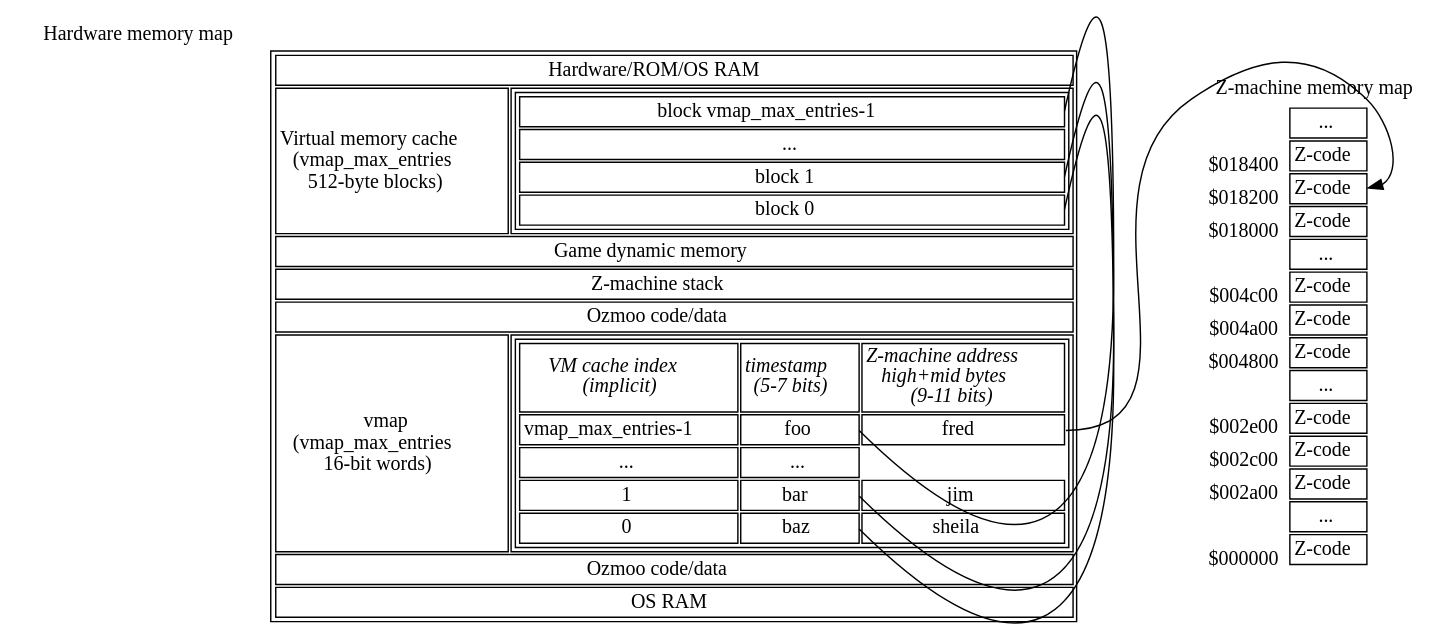
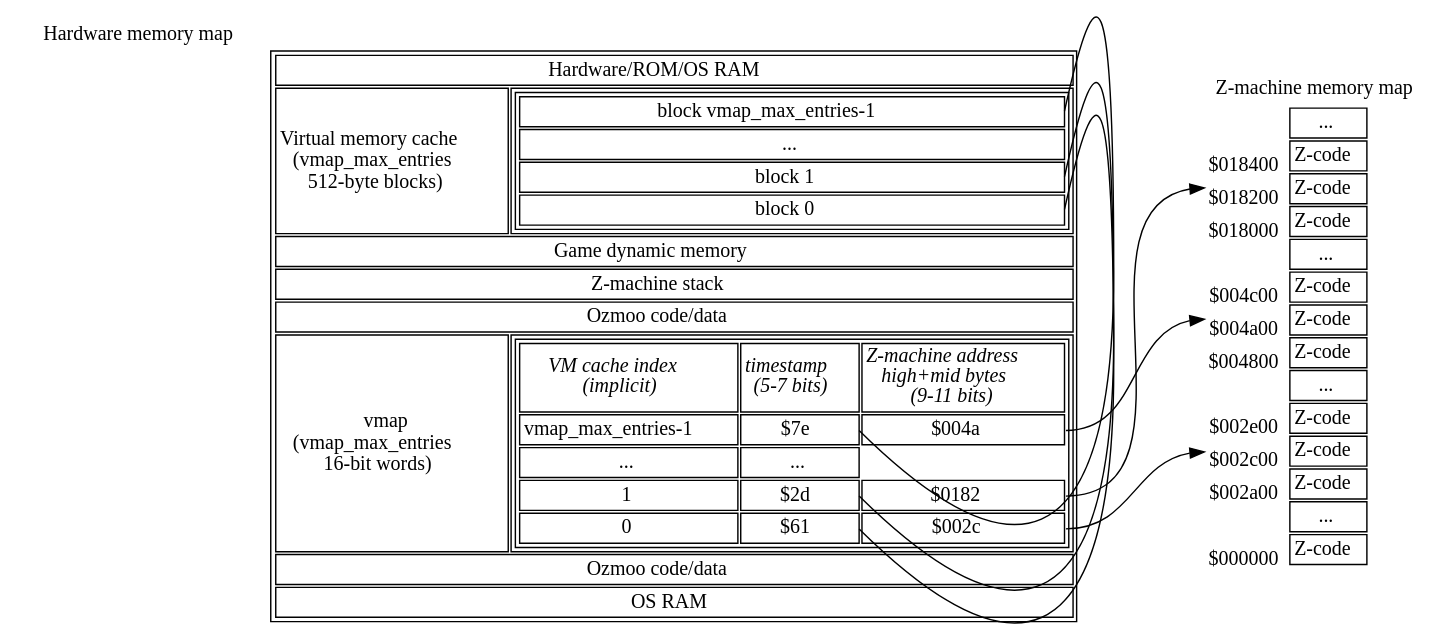
One commit to ZornsLemma/ozmoo changed the diagram in documentation/techdocs/memory-map-1.dot. Above: the diagram before and after it, drawn with Graphviz.

Commit message:
Snapshot

```diff
--- a/documentation/techdocs/memory-map-1.dot
+++ b/documentation/techdocs/memory-map-1.dot
@@ -1,112 +1,114 @@
 digraph memory {
     forcelabels=true;
     node [shape=plaintext];
 
     # SFTODO: Rename "top" to "ram"?
     top [xlabel="Hardware memory map", label=<
     <table>
         <tr><td colspan="2">Hardware/ROM/OS RAM</td></tr>
         <!-- SFTODO: could label start of this chunk of memory vmap_first_ram_page -->
         <tr><td>Virtual memory cache<br/>(vmap_max_entries<br/>512-byte blocks)</td>
             <td>
                 <table port="vmem">
                     <tr><td port="lastblock">block vmap_max_entries-1</td></tr>
                     <tr><td>...</td></tr>
                     <tr><td port="block1">block 1</td></tr>
                     <tr><td port="block0">block 0</td></tr>
                 </table>
             </td>
         </tr>
         <tr><td colspan="2">Game dynamic memory</td></tr>
         <tr><td colspan="2">Z-machine stack</td></tr>
         <tr><td colspan="2">Ozmoo code/data</td></tr>
         <tr><td>vmap<br/>(vmap_max_entries<br/>16-bit words)</td>
             <td>
                 <table>
                     <tr>
                         <td><i>VM cache index<br/>(implicit)</i></td>
                         <td><i>timestamp<br/>(5-7 bits)</i></td>
                         <td><i>Z-machine address<br/>high+mid bytes<br/>(9-11 bits)</i></td>
                     </tr>
-                    <tr><td>vmap_max_entries-1</td><td port="xlastblock">foo</td><td port="xvmaplast">fred</td></tr>
+                    <tr><td>vmap_max_entries-1</td><td port="xlastblock">$7e</td><td port="z004a">$004a</td></tr>
                     <tr><td>...</td><td>...</td></tr>
-                    <tr><td>1</td><td port="xblock1">bar</td><td>jim</td></tr>
-                    <tr><td>0</td><td port="xblock0">baz</td><td>sheila</td></tr>
+                    <tr><td>1</td><td port="xblock1">$2d</td><td port="z0182">$0182</td></tr>
+                    <tr><td>0</td><td port="xblock0">$61</td><td port="z002c">$002c</td></tr>
                 </table>
             </td>
         </tr>
         <tr><td colspan="2">Ozmoo code/data</td></tr>
         <tr><td colspan="2">OS RAM</td></tr>
     </table>>];
 
     zmachine [xlabel="Z-machine memory map", label=<
     <table border="0">
         <tr>
             <td></td>
             <td border="1">...</td>
         </tr>
         <tr>
             <td><sub>$018400</sub></td>
             <td border="1">Z-code</td>
         </tr>
         <tr>
-            <td><sub>$018200</sub></td>
-            <td border="1" port="vmaplasttarget">Z-code</td>
+            <td port="z0182"><sub>$018200</sub></td>
+            <td border="1">Z-code</td>
         </tr>
         <tr>
             <td><sub>$018000</sub></td>
-            <td border="1" port="vmaplasttarget">Z-code</td>
+            <td border="1">Z-code</td>
         </tr>
         <tr>
             <td></td>
             <td border="1">...</td>
         </tr>
         <tr>
             <td><sub>$004c00</sub></td>
             <td border="1">Z-code</td>
         </tr>
         <tr>
-            <td><sub>$004a00</sub></td>
+            <td port="z004a"><sub>$004a00</sub></td>
             <td border="1">Z-code</td>
         </tr>
         <tr>
             <td><sub>$004800</sub></td>
             <td border="1">Z-code</td>
         </tr>
         <tr>
             <td></td>
             <td border="1">...</td>
         </tr>
         <tr>
             <td><sub>$002e00</sub></td>
             <td border="1">Z-code</td>
         </tr>
         <tr>
-            <td><sub>$002c00</sub></td>
+            <td port="z002c"><sub>$002c00</sub></td>
             <td border="1">Z-code</td>
         </tr>
         <tr>
             <td><sub>$002a00</sub></td>
             <td border="1">Z-code</td>
         </tr>
         <tr>
             <td></td>
             <td border="1">...</td>
         </tr>
         <tr>
             <td><sub>$000000</sub></td>
             <td border="1">Z-code</td>
         </tr>
     </table>>];
 
     {rank = same; top zmachine};
 
     # Get rid of these lines, since they don't route well?
     top:lastblock:e -> top:xlastblock:e [dir=none];
     top:block1:e -> top:xblock1:e [dir=none];
     top:block0:e -> top:xblock0:e [dir=none];
 
-    top:xvmaplast:e -> zmachine:vmaplasttarget; # SFTODO: arrow head?
+    top:z004a:e -> zmachine:z004a:w;
+    top:z002c:e -> zmachine:z002c:w;
+    top:z0182:e -> zmachine:z0182:w;
 }
 
 # vi: sw=4 sts=4
```
